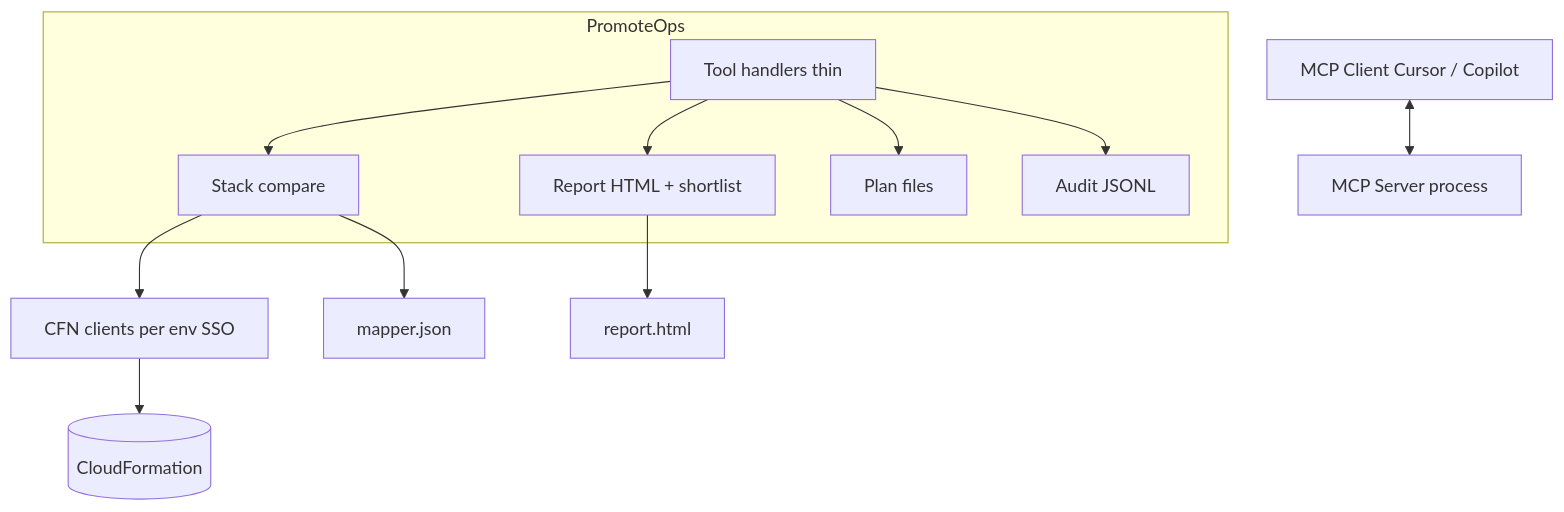
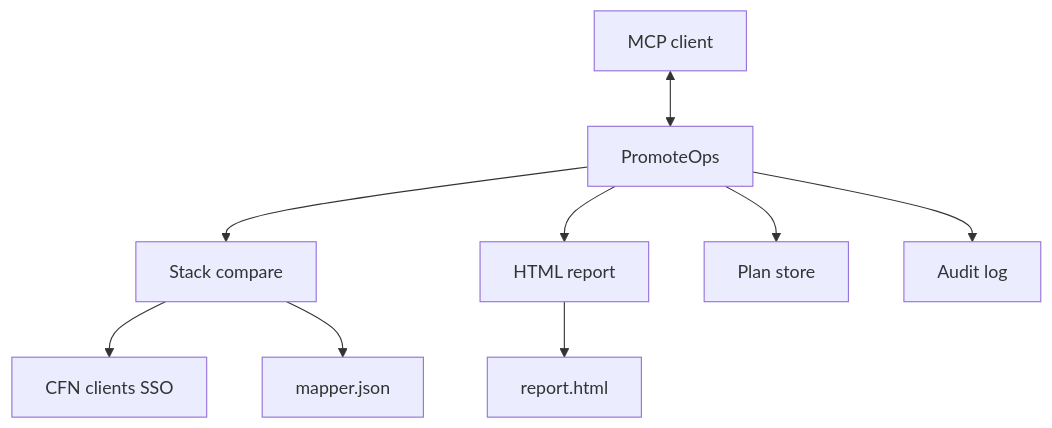
One commit to Hitesh1326/promoteops changed the diagram in docs/plan.md. Above: the diagram before and after it, drawn with Mermaid. The commit also changed other lines of this file and 16 other files, not shown here.

Commit message:
Add live stack compare and chat summary with matrix UX.

````diff
--- a/docs/plan.md
+++ b/docs/plan.md
@@ -131,21 +99,11 @@
 ```mermaid
 flowchart TB
-    Client["MCP Client Cursor / Copilot"] <--> Server[MCP Server process]
-
-    subgraph ServerProcess["PromoteOps"]
-        Tools[Tool handlers thin]
-        Compare[Stack compare]
-        Report[Report HTML + shortlist]
-        PlanStore[Plan files]
-        Audit[Audit JSONL]
-    end
-
-    Tools --> Compare
-    Tools --> Report
-    Tools --> PlanStore
-    Tools --> Audit
-    Compare --> AwsClients[CFN clients per env SSO]
-    Compare --> Mapper[mapper.json]
-    Report --> HTML[report.html]
-    AwsClients --> AWS[("CloudFormation")]
+  Client["MCP client"] <--> Server[PromoteOps]
+  Server --> Compare[Stack compare]
+  Server --> Report[HTML report]
+  Server --> Plans[Plan store]
+  Server --> Audit[Audit log]
+  Compare --> CFN[CFN clients SSO]
+  Compare --> Mapper[mapper.json]
+  Report --> HTML[report.html]
 ```
````
